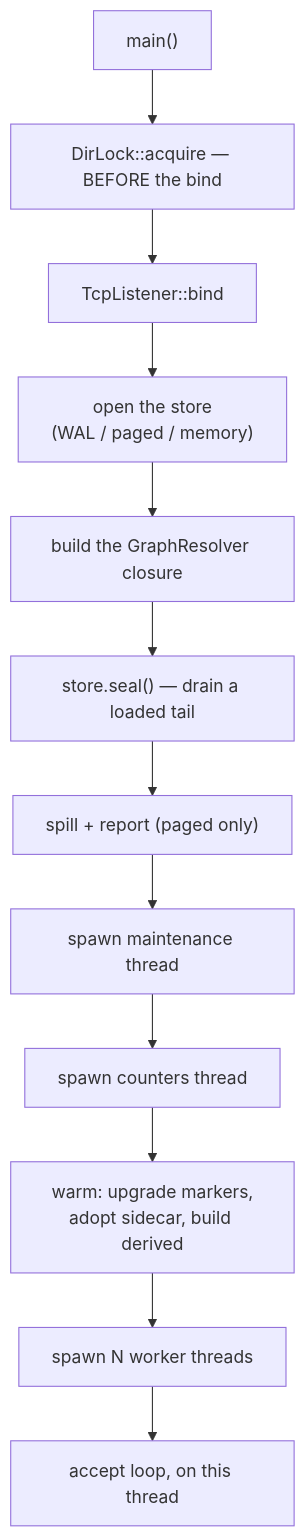
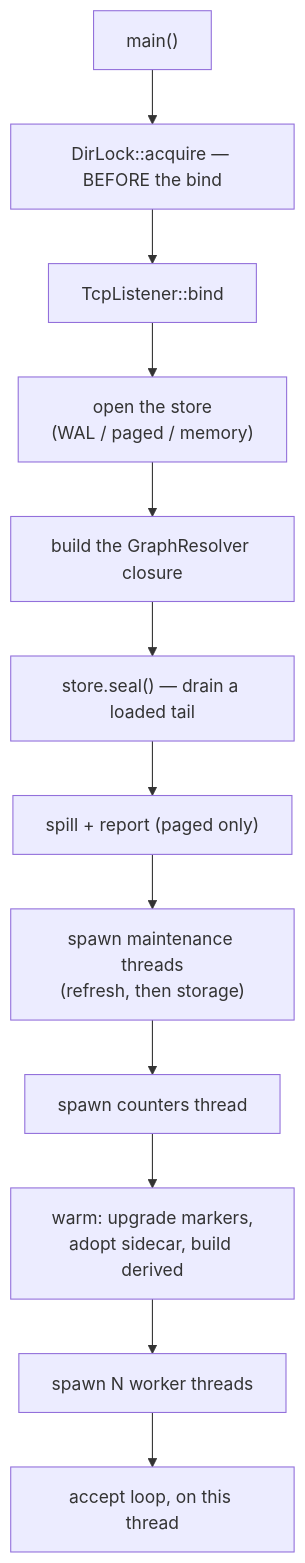
The first of 2 diagrams in docs/book/src/architecture/request-lifecycle.md (dsamford/engram), drawn with Mermaid before and after one commit. The commit also changed other lines of this file and 583 other files, not shown here.

````diff
--- a/docs/book/src/architecture/request-lifecycle.md
+++ b/docs/book/src/architecture/request-lifecycle.md
@@ -8,14 +8,14 @@
 ```mermaid
 flowchart TD
     A["main()"] --> B["DirLock::acquire — BEFORE the bind"]
     B --> C["TcpListener::bind"]
     C --> D["open the store<br/>(WAL / paged / memory)"]
     D --> E["build the GraphResolver closure"]
     E --> F["store.seal() — drain a loaded tail"]
     F --> G["spill + report (paged only)"]
-    G --> H["spawn maintenance thread"]
+    G --> H["spawn maintenance threads<br/>(refresh, then storage)"]
     H --> I["spawn counters thread"]
     I --> J["warm: upgrade markers,<br/>adopt sidecar, build derived"]
     J --> K["spawn N worker threads"]
     K --> L["accept loop, on this thread"]
 ```
````
